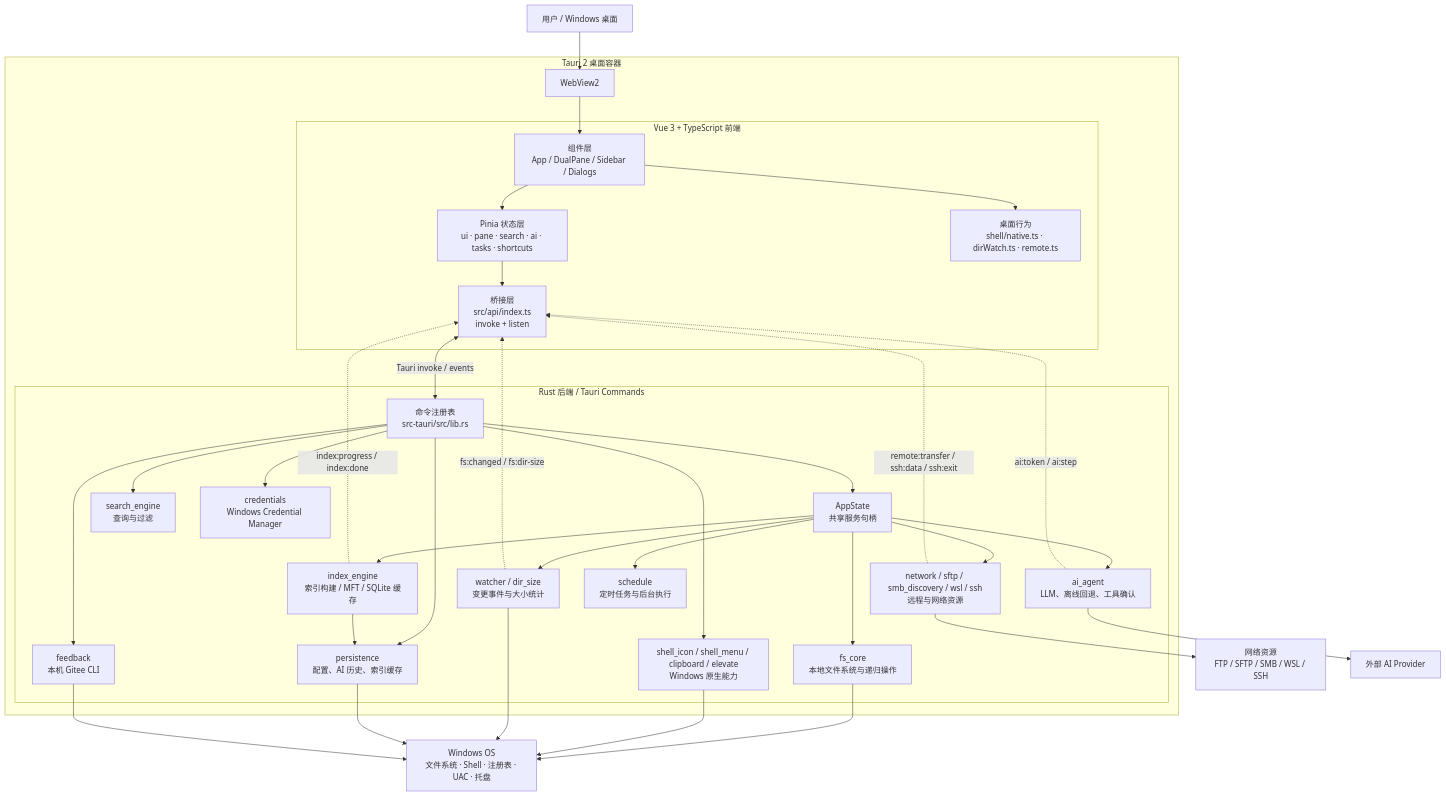
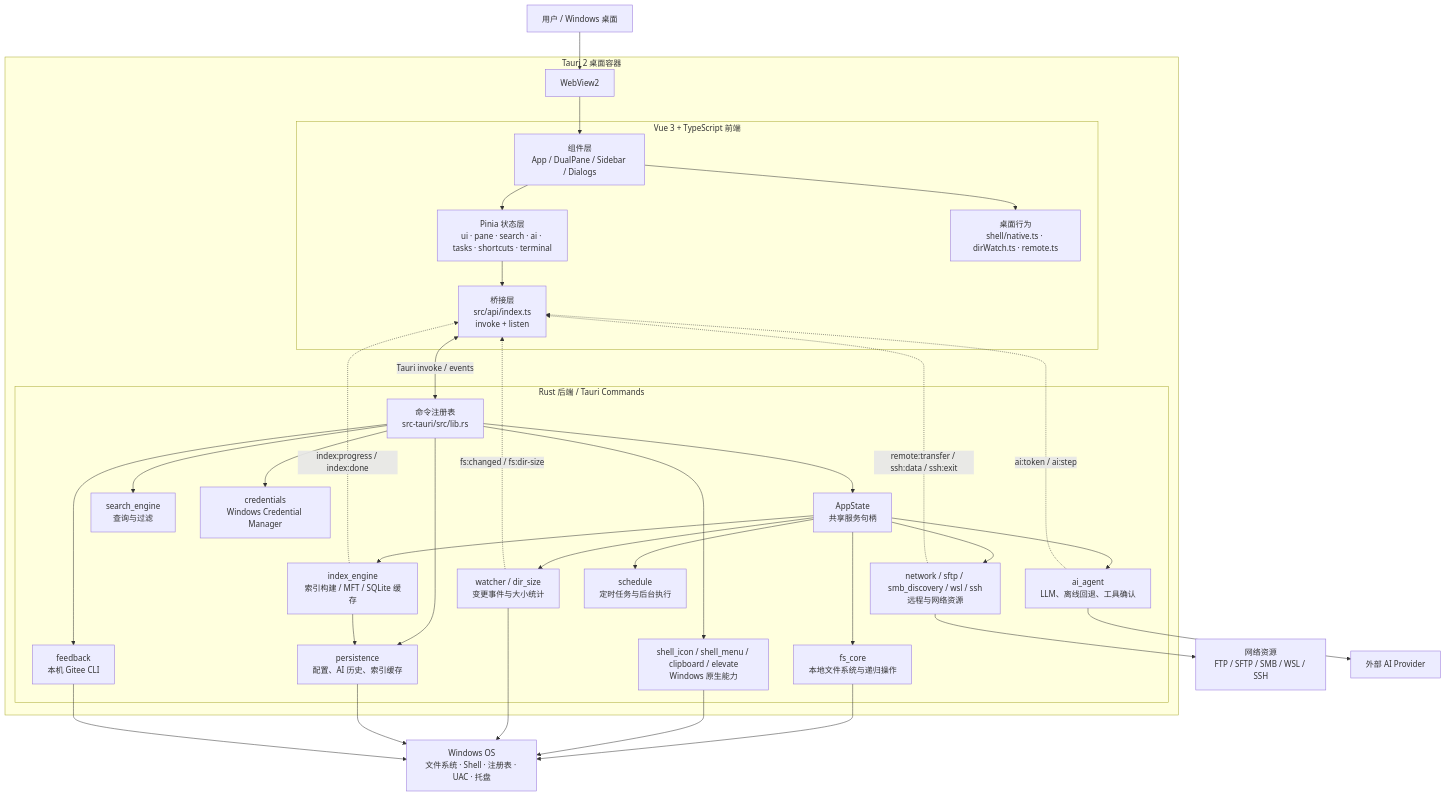
Before and after one commit to siatom/stelix: the second of 2 diagrams in docs/architecture.md, drawn with Mermaid. The commit also changed 1 other file, not shown here.

Commit message:
docs: 更新 SSH 终端为窗格标签的说明

````diff
--- a/docs/architecture.md
+++ b/docs/architecture.md
@@ -52,65 +52,65 @@
 ```mermaid
 flowchart TB
     USER[用户 / Windows 桌面]
     OS[Windows OS\n文件系统 · Shell · 注册表 · UAC · 托盘]
     NET[网络资源\nFTP / SFTP / SMB / WSL / SSH]
     LLM[外部 AI Provider]
 
     subgraph DESKTOP[Tauri 2 桌面容器]
         WEB[WebView2]
         subgraph FRONTEND[Vue 3 + TypeScript 前端]
             VIEW[组件层\nApp / DualPane / Sidebar / Dialogs]
-            STORE[Pinia 状态层\nui · pane · search · ai · tasks · shortcuts]
+            STORE[Pinia 状态层\nui · pane · search · ai · tasks · shortcuts · terminal]
             BRIDGE[桥接层\nsrc/api/index.ts\ninvoke + listen]
             SHELLJS[桌面行为\nshell/native.ts · dirWatch.ts · remote.ts]
         end
 
         subgraph BACKEND[Rust 后端 / Tauri Commands]
             CMD[命令注册表\nsrc-tauri/src/lib.rs]
             STATE[AppState\n共享服务句柄]
             FSC[fs_core\n本地文件系统与递归操作]
             NETC[network / sftp / smb_discovery / wsl / ssh\n远程与网络资源]
             INDEX[index_engine\n索引构建 / MFT / SQLite 缓存]
             SEARCHC[search_engine\n查询与过滤]
             WATCHER[watcher / dir_size\n变更事件与大小统计]
             AIS[ai_agent\nLLM、离线回退、工具确认]
             SCHED[schedule\n定时任务与后台执行]
             SYS[shell_icon / shell_menu / clipboard / elevate\nWindows 原生能力]
             PERSIST[persistence\n配置、AI 历史、索引缓存]
             CREDS[credentials\nWindows Credential Manager]
             FEED[feedback\n本机 Gitee CLI]
         end
     end
 
     USER --> WEB
     WEB --> VIEW
     VIEW --> STORE
     STORE --> BRIDGE
     VIEW --> SHELLJS
     BRIDGE <-->|Tauri invoke / events| CMD
     CMD --> STATE
     STATE --> FSC
     STATE --> NETC
     STATE --> INDEX
     STATE --> WATCHER
     STATE --> AIS
     STATE --> SCHED
     CMD --> SEARCHC
     CMD --> SYS
     CMD --> PERSIST
     CMD --> CREDS
     CMD --> FEED
 
     FSC --> OS
     SYS --> OS
     WATCHER --> OS
     PERSIST --> OS
     NETC --> NET
     AIS --> LLM
     FEED --> OS
     INDEX --> PERSIST
     WATCHER -. fs:changed / fs:dir-size .-> BRIDGE
     INDEX -. index:progress / index:done .-> BRIDGE
     AIS -. ai:token / ai:step .-> BRIDGE
     NETC -. remote:transfer / ssh:data / ssh:exit .-> BRIDGE
 ```
````
